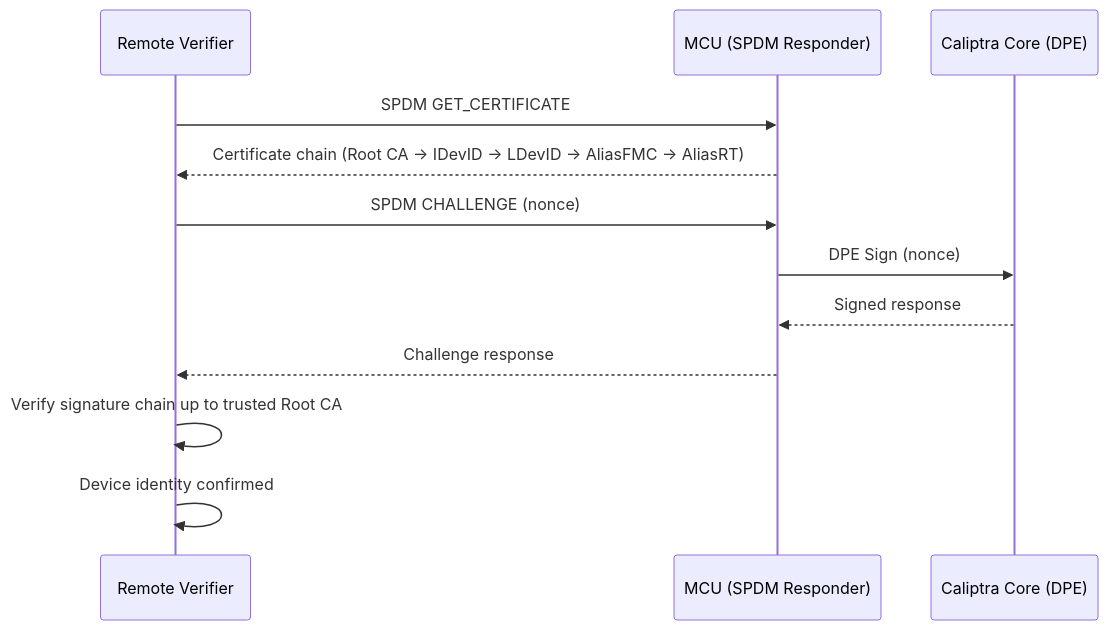
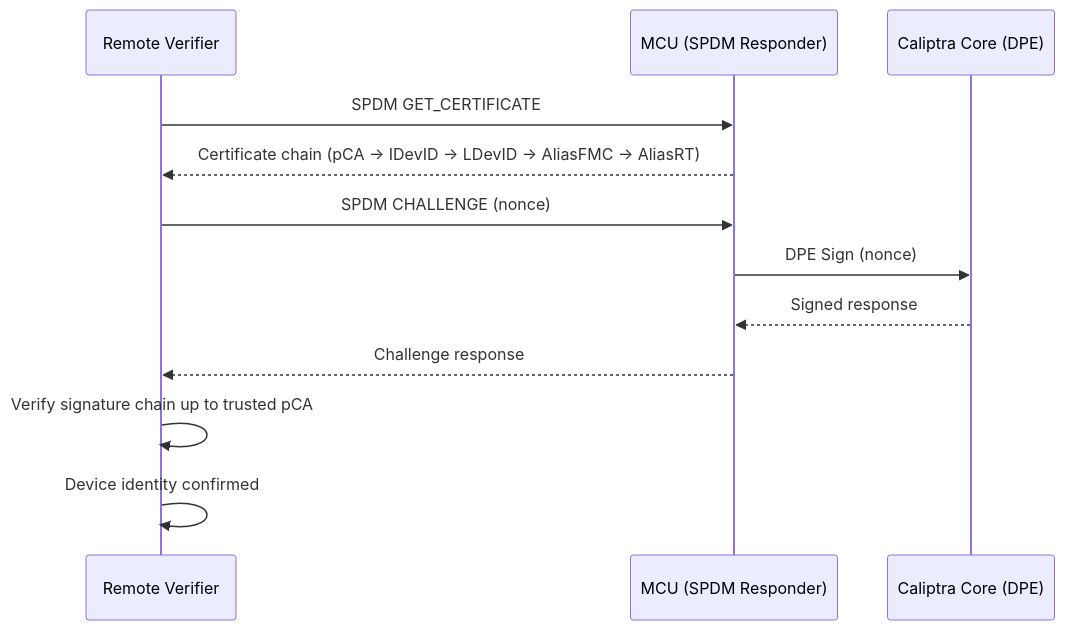
One commit to chipsalliance/caliptra-mcu-sw changed the first of 2 diagrams in docs/src/idevid-cert-provisioning.md. Above: the diagram before and after it, drawn with Mermaid. The commit also changed other lines of this file, not shown here.

Commit message:
[doc] idevid Certificate provisioning

````diff
--- a/docs/src/idevid-cert-provisioning.md
+++ b/docs/src/idevid-cert-provisioning.md
@@ -164,17 +7,17 @@
 ```mermaid
 sequenceDiagram
     participant Verifier as Remote Verifier
     participant MCU as MCU (SPDM Responder)
     participant Caliptra as Caliptra Core (DPE)
 
     Verifier->>MCU: SPDM GET_CERTIFICATE
-    MCU-->>Verifier: Certificate chain (Root CA → IDevID → LDevID → AliasFMC → AliasRT)
+    MCU-->>Verifier: Certificate chain (pCA → IDevID → LDevID → AliasFMC → AliasRT)
 
     Verifier->>MCU: SPDM CHALLENGE (nonce)
     MCU->>Caliptra: DPE Sign (nonce)
     Caliptra-->>MCU: Signed response
     MCU-->>Verifier: Challenge response
 
-    Verifier->>Verifier: Verify signature chain up to trusted Root CA
+    Verifier->>Verifier: Verify signature chain up to trusted pCA
     Verifier->>Verifier: Device identity confirmed
 ```
````
